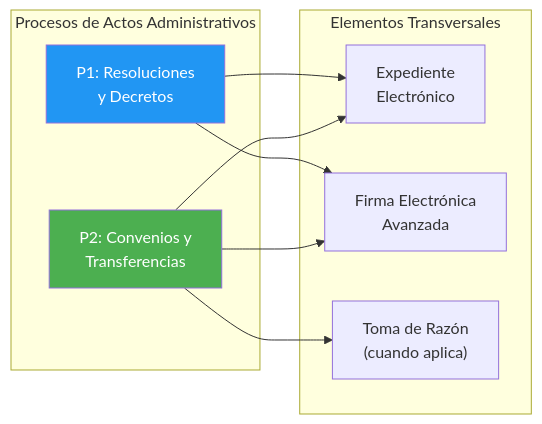
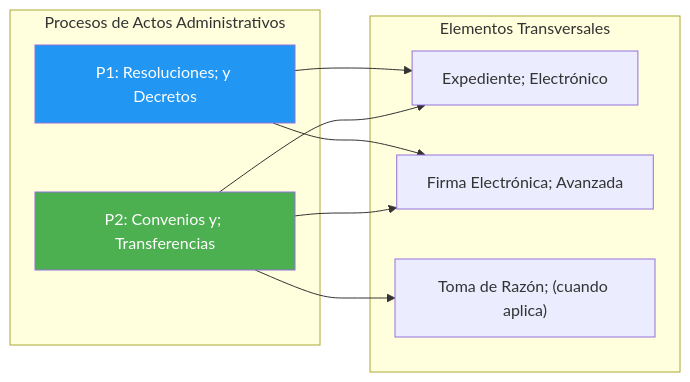
One commit to felix-antonio-sl/kora changed the first of 5 diagrams in KNOWLEDGE/gn/kb/bpmn-actos-administrativos.md. Above: the diagram before and after it, drawn with Mermaid. The commit also changed other lines of this file and 1034 other files, not shown here.

````diff
--- a/KNOWLEDGE/gn/kb/bpmn-actos-administrativos.md
+++ b/KNOWLEDGE/gn/kb/bpmn-actos-administrativos.md
@@ -47,19 +57,19 @@
 ```mermaid
 flowchart LR
-    subgraph PROCESOS["Procesos de Actos Administrativos"]
-        P1["P1: Resoluciones<br/>y Decretos"]
-        P2["P2: Convenios y<br/>Transferencias"]
-    end
+ subgraph PROCESOS["Procesos de Actos Administrativos"]
+ P1["P1: Resoluciones; y Decretos"]
+ P2["P2: Convenios y; Transferencias"]
+ end
 
-    subgraph TRANSVERSAL["Elementos Transversales"]
-        T1["Expediente<br/>Electrónico"]
-        T2["Firma Electrónica<br/>Avanzada"]
-        T3["Toma de Razón<br/>(cuando aplica)"]
-    end
+ subgraph TRANSVERSAL["Elementos Transversales"]
+ T1["Expediente; Electrónico"]
+ T2["Firma Electrónica; Avanzada"]
+ T3["Toma de Razón; (cuando aplica)"]
+ end
 
-    P1 --> T1 & T2
-    P2 --> T1 & T2 & T3
+ P1 --> T1 & T2
+ P2 --> T1 & T2 & T3
 
-    style P1 fill:#2196F3,color:#fff
-    style P2 fill:#4CAF50,color:#fff
+ style P1 fill:#2196F3,color:#fff
+ style P2 fill:#4CAF50,color:#fff
 ```
````
